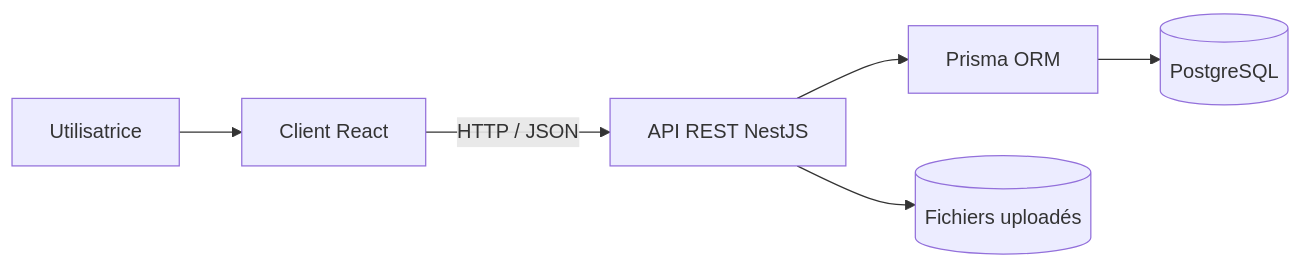
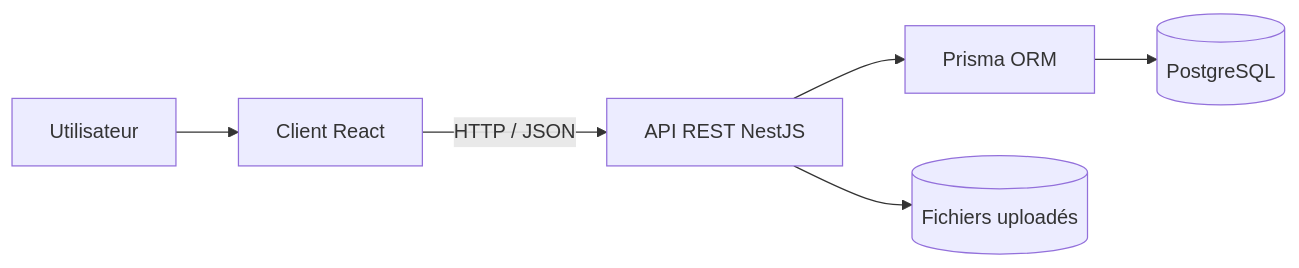
Before and after one commit to Hanari10/Supmeal: the second of 2 diagrams in documentation/documentation-technique.md, drawn with Mermaid. The commit also changed other lines of this file and 19 other files, not shown here.

````diff
--- a/documentation/documentation-technique.md
+++ b/documentation/documentation-technique.md
@@ -944,15 +1068,15 @@
 ```mermaid
 flowchart LR
-    User[Utilisatrice]
+    User[Utilisateur]
     Front[Client React]
     API[API REST NestJS]
     Prisma[Prisma ORM]
     DB[(PostgreSQL)]
     Uploads[(Fichiers uploadés)]
 
     User --> Front
     Front -->|HTTP / JSON| API
     API --> Prisma
     Prisma --> DB
     API --> Uploads
 ```
````
